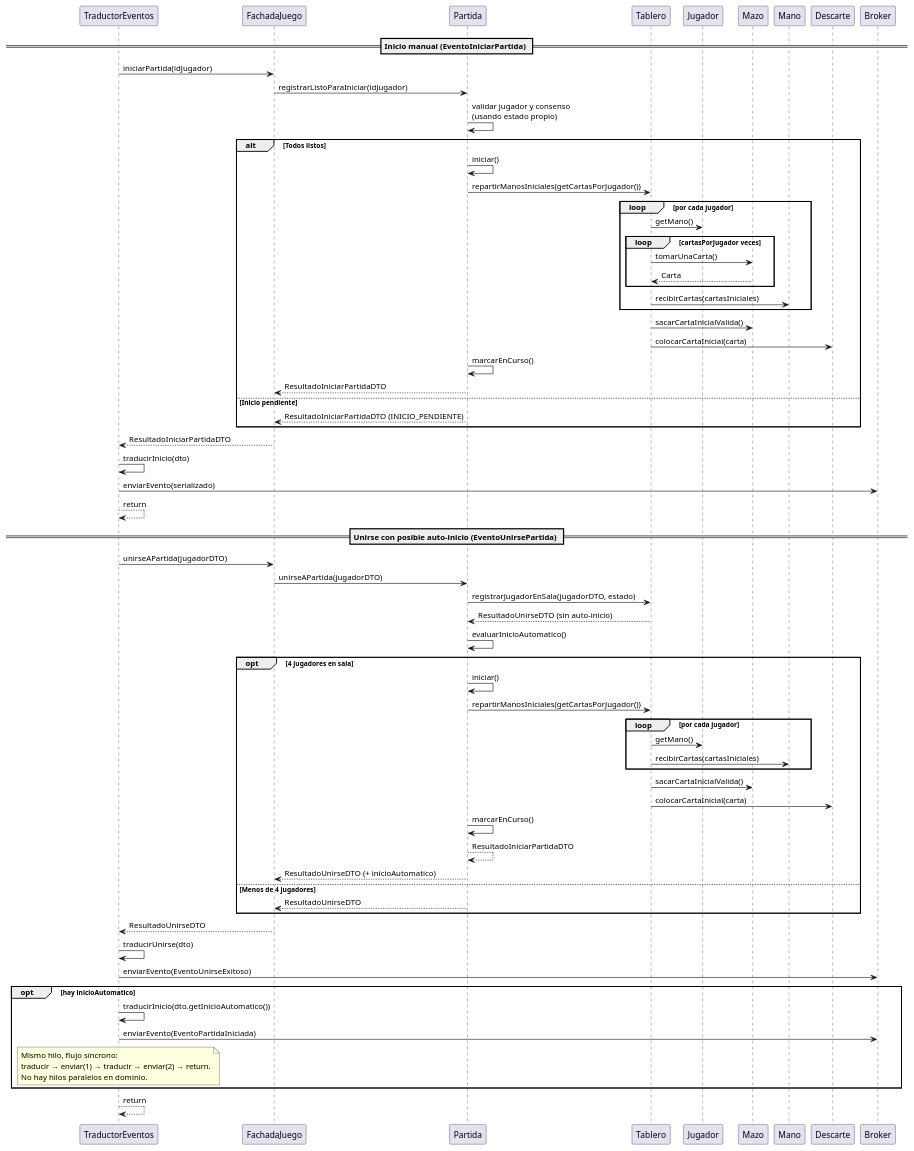
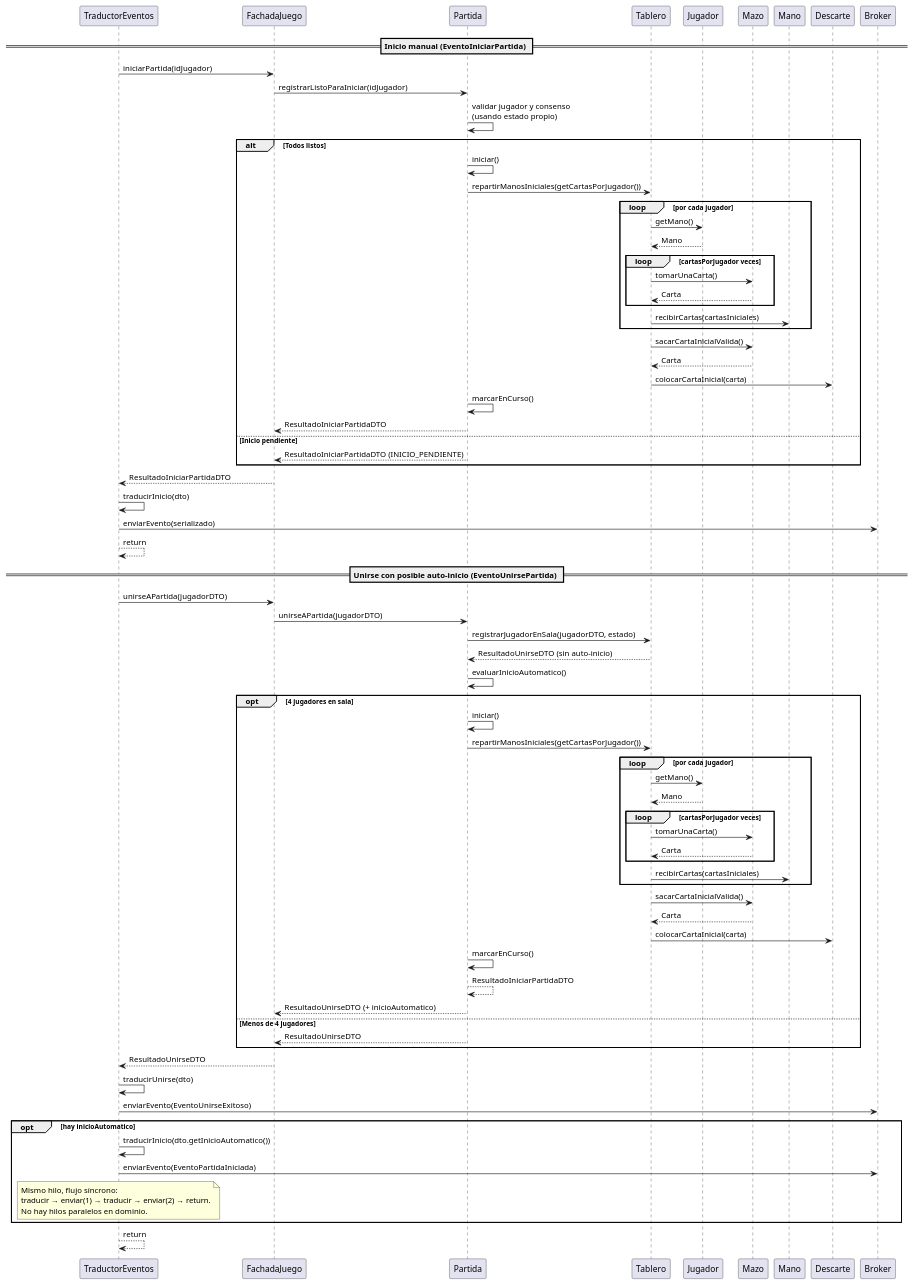
The diagram in docs/diagramas/Dominio_IniciarPartida_Secuencia.puml (Afgord/ProyectoFinal_ArquitecturaDeSoftware), drawn with PlantUML before and after one commit. The commit also changed 1 other file, not shown here.

```diff
--- a/docs/diagramas/Dominio_IniciarPartida_Secuencia.puml
+++ b/docs/diagramas/Dominio_IniciarPartida_Secuencia.puml
@@ -1,76 +1,84 @@
 @startuml Dominio_IniciarPartida_Secuencia
 skinparam responseMessageBelowArrow true
 
 participant "TraductorEventos" as TE
 participant "FachadaJuego" as FJ
 participant "Partida" as P
 participant "Tablero" as T
 participant "Jugador" as J
 participant "Mazo" as M
 participant "Mano" as MN
 participant "Descarte" as D
 participant "Broker" as B
 
 == Inicio manual (EventoIniciarPartida) ==
 TE -> FJ : iniciarPartida(idJugador)
 FJ -> P : registrarListoParaIniciar(idJugador)
 P -> P : validar jugador y consenso\n(usando estado propio)
 alt Todos listos
   P -> P : iniciar()
   P -> T : repartirManosIniciales(getCartasPorJugador())
   loop por cada jugador
     T -> J : getMano()
+    J --> T : Mano
     loop cartasPorJugador veces
       T -> M : tomarUnaCarta()
       M --> T : Carta
     end
     T -> MN : recibirCartas(cartasIniciales)
   end
   T -> M : sacarCartaInicialValida()
+  M --> T : Carta
   T -> D : colocarCartaInicial(carta)
   P -> P : marcarEnCurso()
   P --> FJ : ResultadoIniciarPartidaDTO
 else Inicio pendiente
   P --> FJ : ResultadoIniciarPartidaDTO (INICIO_PENDIENTE)
 end
 FJ --> TE : ResultadoIniciarPartidaDTO
 TE -> TE : traducirInicio(dto)
 TE -> B : enviarEvento(serializado)
 TE --> TE : return
 
 == Unirse con posible auto-inicio (EventoUnirsePartida) ==
 TE -> FJ : unirseAPartida(jugadorDTO)
 FJ -> P : unirseAPartida(jugadorDTO)
 P -> T : registrarJugadorEnSala(jugadorDTO, estado)
 T --> P : ResultadoUnirseDTO (sin auto-inicio)
 P -> P : evaluarInicioAutomatico()
 opt 4 jugadores en sala
   P -> P : iniciar()
   P -> T : repartirManosIniciales(getCartasPorJugador())
   loop por cada jugador
     T -> J : getMano()
+    J --> T : Mano
+    loop cartasPorJugador veces
+      T -> M : tomarUnaCarta()
+      M --> T : Carta
+    end
     T -> MN : recibirCartas(cartasIniciales)
   end
   T -> M : sacarCartaInicialValida()
+  M --> T : Carta
   T -> D : colocarCartaInicial(carta)
   P -> P : marcarEnCurso()
   P --> P : ResultadoIniciarPartidaDTO
   P --> FJ : ResultadoUnirseDTO (+ inicioAutomatico)
 else Menos de 4 jugadores
   P --> FJ : ResultadoUnirseDTO
 end
 FJ --> TE : ResultadoUnirseDTO
 TE -> TE : traducirUnirse(dto)
 TE -> B : enviarEvento(EventoUnirseExitoso)
 opt hay inicioAutomatico
   TE -> TE : traducirInicio(dto.getInicioAutomatico())
   TE -> B : enviarEvento(EventoPartidaIniciada)
   note over TE
     Mismo hilo, flujo síncrono:
     traducir → enviar(1) → traducir → enviar(2) → return.
     No hay hilos paralelos en dominio.
   end note
 end
 TE --> TE : return
 
 @enduml
```
